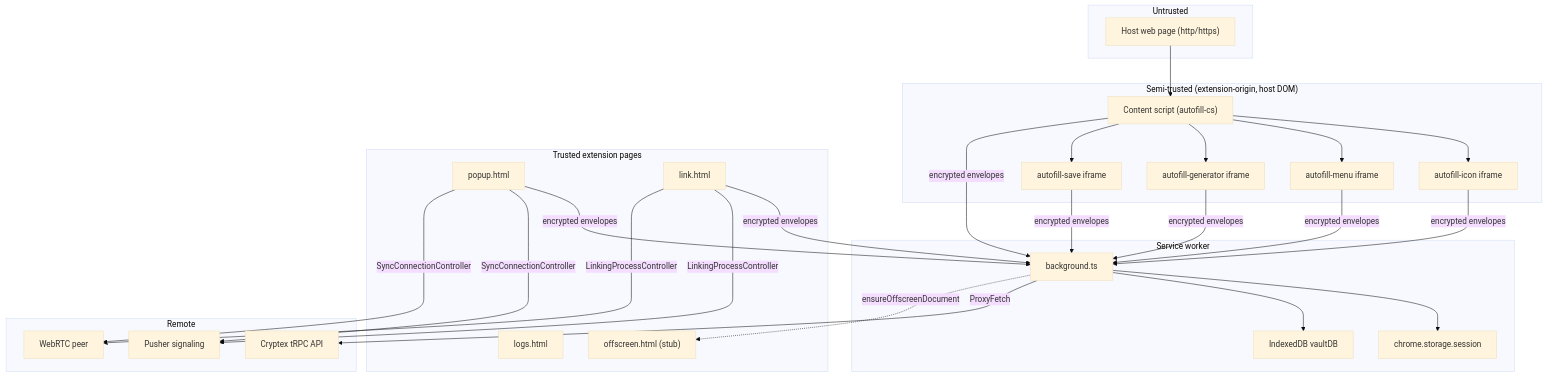
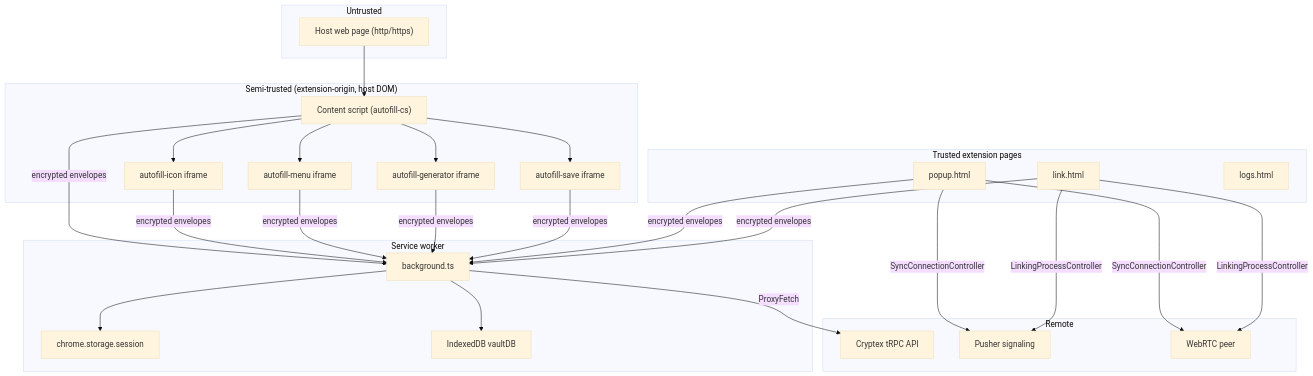
The diagram in extension/docs/architecture/overview.md (CryptexIndustries/vault-web), drawn with Mermaid (base theme) before and after one commit. The commit also changed other lines of this file and 21 other files, not shown here.

Commit message:
fix: harden credential URL opens and remove offscreen stub

````diff
--- a/extension/docs/architecture/overview.md
+++ b/extension/docs/architecture/overview.md
@@ -9,42 +9,40 @@
 ```mermaid
 flowchart TB
     subgraph untrusted["Untrusted"]
         HostPage["Host web page (http/https)"]
     end
 
     subgraph semi["Semi-trusted (extension-origin, host DOM)"]
         CS["Content script (autofill-cs)"]
         Icon["autofill-icon iframe"]
         Menu["autofill-menu iframe"]
         Gen["autofill-generator iframe"]
         Save["autofill-save iframe"]
     end
 
     subgraph trusted["Trusted extension pages"]
         Popup["popup.html"]
         Link["link.html"]
         Logs["logs.html"]
-        Offscreen["offscreen.html (stub)"]
     end
 
     subgraph sw["Service worker"]
         BG["background.ts"]
         Store["chrome.storage.session"]
         IDB["IndexedDB vaultDB"]
     end
 
     subgraph remote["Remote"]
         API["Cryptex tRPC API"]
         Pusher["Pusher signaling"]
         Peer["WebRTC peer"]
     end
 
     HostPage --> CS
     CS --> Icon & Menu & Gen & Save
     CS & Icon & Menu & Gen & Save & Popup & Link -->|encrypted envelopes| BG
     Popup -->|SyncConnectionController| Pusher & Peer
     Link -->|LinkingProcessController| Pusher & Peer
     BG --> Store & IDB
     BG -->|ProxyFetch| API
-    BG -.->|ensureOffscreenDocument| Offscreen
 ```
````
